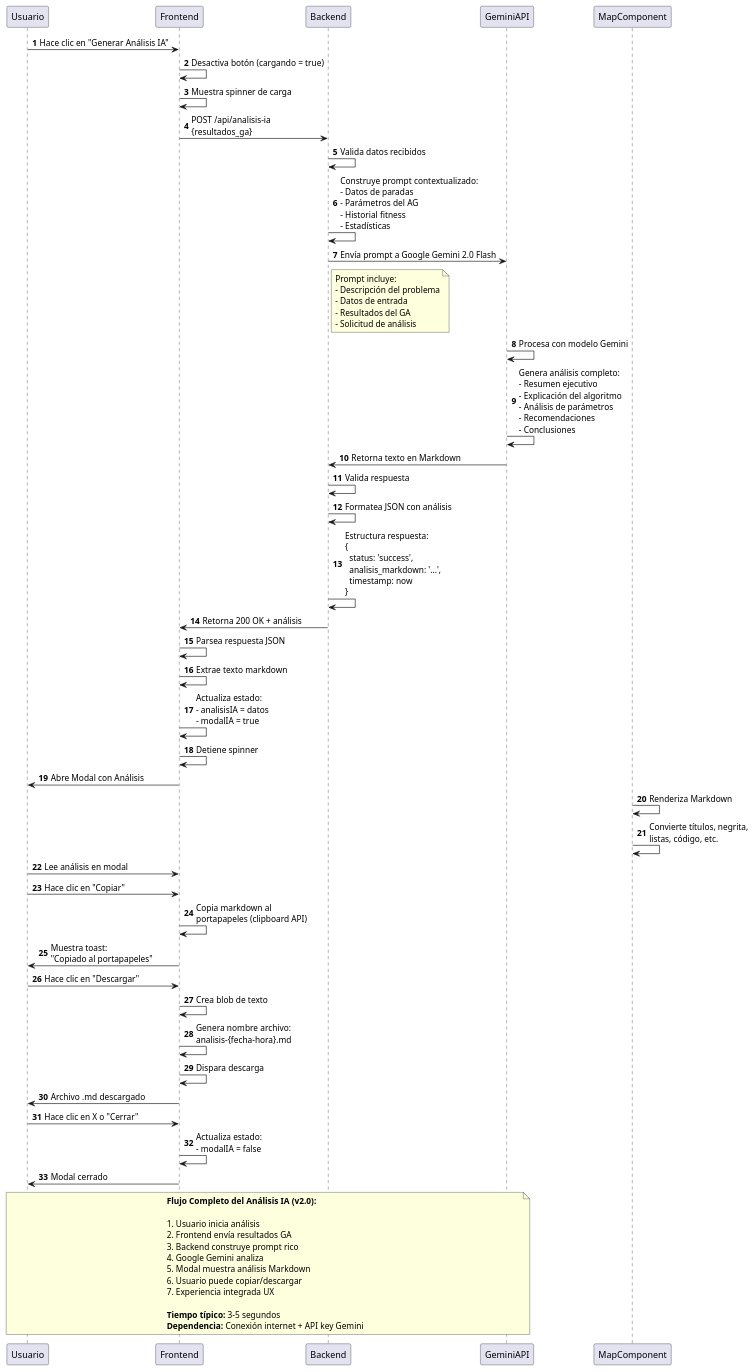
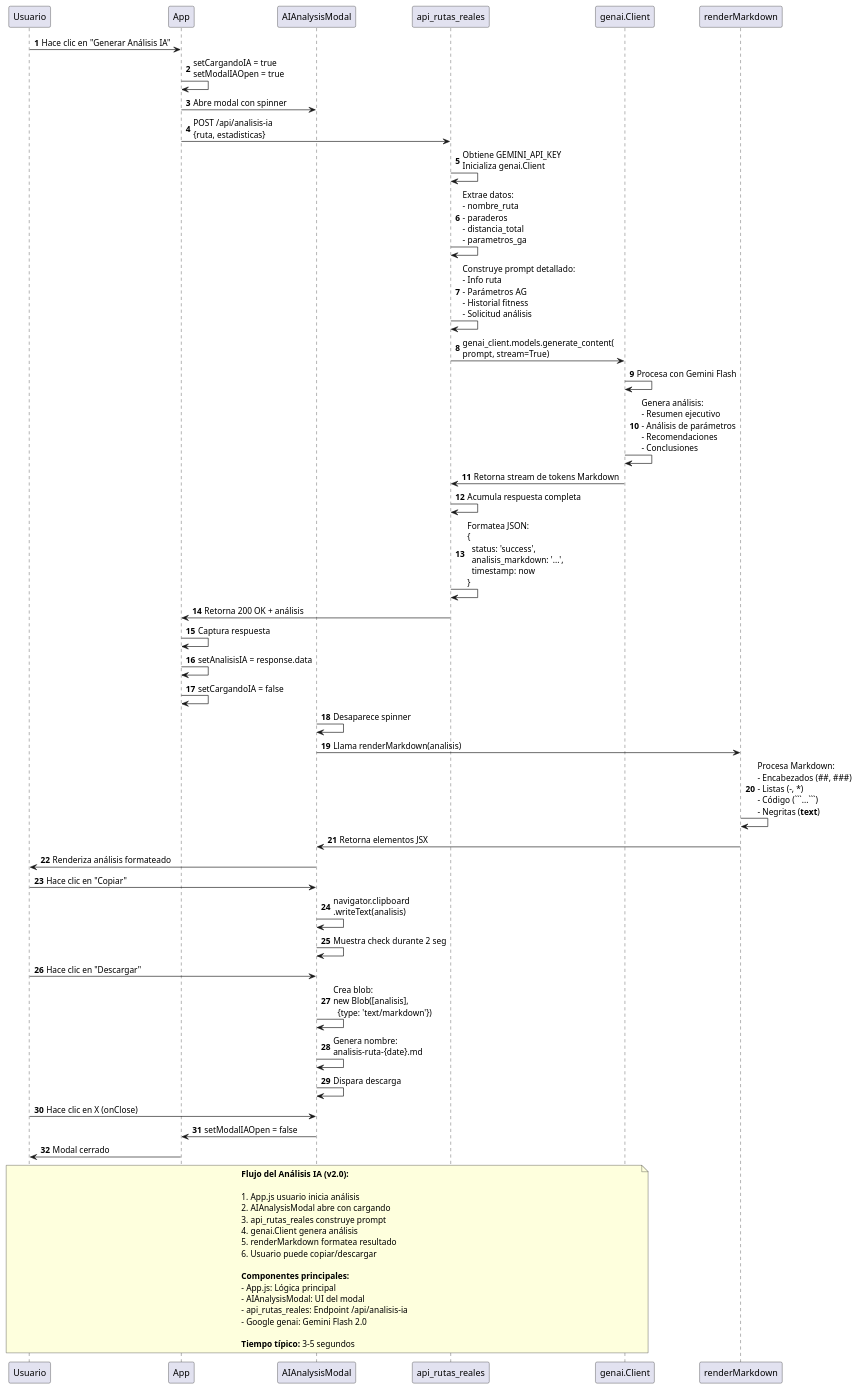
The diagram in backend/documentos/diagrama_secuencia_analisis_ia.puml (Santiagodutr/Sistema-de-Optimizacion-de-Rutas-de-Transporte-Estudiantil-mediante-Algoritmos-Geneticos), drawn with PlantUML before and after one commit. The commit also changed 13 other files, not shown here.

Commit message:
Ajuste de diagramas y docuemntacion en nextra

````diff
--- a/backend/documentos/diagrama_secuencia_analisis_ia.puml
+++ b/backend/documentos/diagrama_secuencia_analisis_ia.puml
@@ -1,83 +1,85 @@
 @startuml Secuencia - Análisis IA Detallado v2.0
 
 participant Usuario as U
-participant Frontend as F
-participant Backend as B
-participant GeminiAPI as G
-participant MapComponent as M
+participant App as A
+participant AIAnalysisModal as M
+participant api_rutas_reales as API
+participant genai.Client as GeminiAPI
+participant renderMarkdown as Render
 
 autonumber
 
-U -> F: Hace clic en "Generar Análisis IA"
-F -> F: Desactiva botón (cargando = true)
-F -> F: Muestra spinner de carga
+U -> A: Hace clic en "Generar Análisis IA"
+A -> A: setCargandoIA = true\nsetModalIAOpen = true
 
-F -> B: POST /api/analisis-ia\n{resultados_ga}
+A -> M: Abre modal con spinner
 
-B -> B: Valida datos recibidos
-B -> B: Construye prompt contextualizado:\n- Datos de paradas\n- Parámetros del AG\n- Historial fitness\n- Estadísticas
+A -> API: POST /api/analisis-ia\n{ruta, estadisticas}
 
-B -> G: Envía prompt a Google Gemini 2.0 Flash
-note right of B
-    Prompt incluye:
-    - Descripción del problema
-    - Datos de entrada
-    - Resultados del GA
-    - Solicitud de análisis
-end note
+API -> API: Obtiene GEMINI_API_KEY\nInicializa genai.Client
 
-G -> G: Procesa con modelo Gemini
-G -> G: Genera análisis completo:\n- Resumen ejecutivo\n- Explicación del algoritmo\n- Análisis de parámetros\n- Recomendaciones\n- Conclusiones
+API -> API: Extrae datos:\n- nombre_ruta\n- paraderos\n- distancia_total\n- parametros_ga
 
-G -> B: Retorna texto en Markdown
+API -> API: Construye prompt detallado:\n- Info ruta\n- Parámetros AG\n- Historial fitness\n- Solicitud análisis
 
-B -> B: Valida respuesta
-B -> B: Formatea JSON con análisis
-B -> B: Estructura respuesta:\n{\n  status: 'success',\n  analisis_markdown: '...',\n  timestamp: now\n}
+API -> GeminiAPI: genai_client.models.generate_content(\nprompt, stream=True)
 
-B -> F: Retorna 200 OK + análisis
+GeminiAPI -> GeminiAPI: Procesa con Gemini Flash
+GeminiAPI -> GeminiAPI: Genera análisis:\n- Resumen ejecutivo\n- Análisis de parámetros\n- Recomendaciones\n- Conclusiones
 
-F -> F: Parsea respuesta JSON
-F -> F: Extrae texto markdown
-F -> F: Actualiza estado:\n- analisisIA = datos\n- modalIA = true
-F -> F: Detiene spinner
+GeminiAPI -> API: Retorna stream de tokens Markdown
 
-F -> U: Abre Modal con Análisis
+API -> API: Acumula respuesta completa
+API -> API: Formatea JSON:\n{\n  status: 'success',\n  analisis_markdown: '...',\n  timestamp: now\n}
 
-M -> M: Renderiza Markdown
-M -> M: Convierte títulos, negrita,\nlistas, código, etc.
+API -> A: Retorna 200 OK + análisis
 
-U -> F: Lee análisis en modal
-U -> F: Hace clic en "Copiar"
+A -> A: Captura respuesta
+A -> A: setAnalisisIA = response.data
+A -> A: setCargandoIA = false
 
-F -> F: Copia markdown al\nportapapeles (clipboard API)
-F -> U: Muestra toast:\n"Copiado al portapapeles"
+M -> M: Desaparece spinner
+M -> Render: Llama renderMarkdown(analisis)
 
-U -> F: Hace clic en "Descargar"
+Render -> Render: Procesa Markdown:\n- Encabezados (##, ###)\n- Listas (-, *)\n- Código (```...```)\n- Negritas (**text**)
 
-F -> F: Crea blob de texto
-F -> F: Genera nombre archivo:\nanalisis-{fecha-hora}.md
-F -> F: Dispara descarga
-F -> U: Archivo .md descargado
+Render -> M: Retorna elementos JSX
 
-U -> F: Hace clic en X o "Cerrar"
+M -> U: Renderiza análisis formateado
 
-F -> F: Actualiza estado:\n- modalIA = false
-F -> U: Modal cerrado
+U -> M: Hace clic en "Copiar"
 
-note over U, G
-    **Flujo Completo del Análisis IA (v2.0):**
+M -> M: navigator.clipboard\n.writeText(analisis)
+M -> M: Muestra check durante 2 seg
+
+U -> M: Hace clic en "Descargar"
+
+M -> M: Crea blob:\nnew Blob([analisis],\n  {type: 'text/markdown'})
+M -> M: Genera nombre:\nanalisis-ruta-{date}.md
+M -> M: Dispara descarga
+
+U -> M: Hace clic en X (onClose)
+
+M -> A: setModalIAOpen = false
+A -> U: Modal cerrado
+
+note over U, GeminiAPI
+    **Flujo del Análisis IA (v2.0):**
     
-    1. Usuario inicia análisis
-    2. Frontend envía resultados GA
-    3. Backend construye prompt rico
-    4. Google Gemini analiza
-    5. Modal muestra análisis Markdown
+    1. App.js usuario inicia análisis
+    2. AIAnalysisModal abre con cargando
+    3. api_rutas_reales construye prompt
+    4. genai.Client genera análisis
+    5. renderMarkdown formatea resultado
     6. Usuario puede copiar/descargar
-    7. Experiencia integrada UX
+    
+    **Componentes principales:**
+    - App.js: Lógica principal
+    - AIAnalysisModal: UI del modal
+    - api_rutas_reales: Endpoint /api/analisis-ia
+    - Google genai: Gemini Flash 2.0
     
     **Tiempo típico:** 3-5 segundos
-    **Dependencia:** Conexión internet + API key Gemini
 end note
 
 @enduml
````
